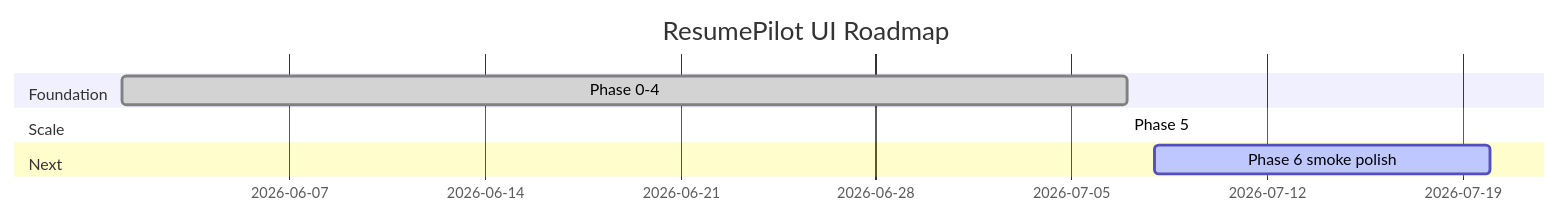
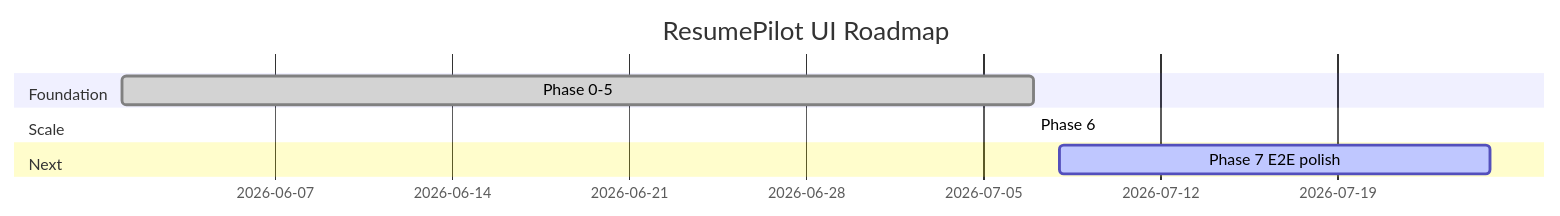
Before and after one commit to ktdvlp-jih/resume-pilot: the diagram in docs/ui-roadmap.md, drawn with Mermaid. The commit also changed other lines of this file and 42 other files, not shown here.

````diff
--- a/docs/ui-roadmap.md
+++ b/docs/ui-roadmap.md
@@ -115,21 +125,21 @@
 ```mermaid
 
 gantt
 
     title ResumePilot UI Roadmap
 
     dateFormat YYYY-MM-DD
 
     section Foundation
 
-    Phase 0-4           :done, 2026-06-01, 2026-07-07
+    Phase 0-5           :done, 2026-06-01, 2026-07-07
 
     section Scale
 
-    Phase 5               :done, 2026-07-07, 2026-07-07
+    Phase 6               :done, 2026-07-07, 2026-07-07
 
     section Next
 
-    Phase 6 smoke polish  :active, 2026-07-08, 2026-07-20
+    Phase 7 E2E polish  :active, 2026-07-08, 2026-07-25
 
 ```
````
